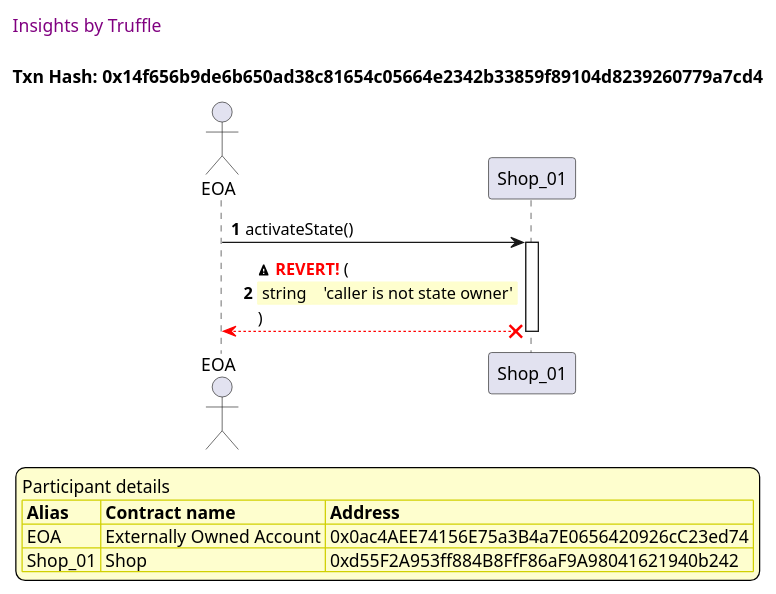
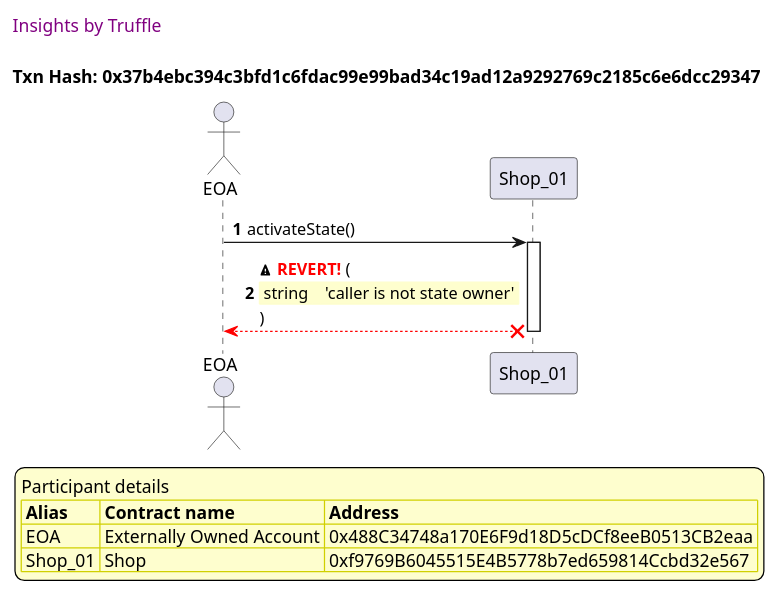
Before and after one commit to thedarkjester/ConsensysAssignment: the fourth of 4 diagrams in truffle-seq/Shop_test_add_shop.md, drawn with PlantUML. The commit also changed other lines of this file and 13 other files, not shown here.

````diff
--- a/truffle-seq/Shop_test_add_shop.md
+++ b/truffle-seq/Shop_test_add_shop.md
@@ -153,40 +153,40 @@
 ```plantuml
 
 
 @startuml
 
 autonumber
 skinparam legendBackgroundColor #FEFECE
 
 <style>
       header {
         HorizontalAlignment left
         FontColor purple
         FontSize 14
         Padding 10
       }
     </style>
 
 header Insights by Truffle
 
-title Txn Hash: 0x14f656b9de6b650ad38c81654c05664e2342b33859f89104d8239260779a7cd4
+title Txn Hash: 0x37b4ebc394c3bfd1c6fdac99e99bad34c19ad12a9292769c2185c6e6dcc29347
 
 
 actor EOA as "EOA"
 participant Shop_01 as "Shop_01"
 
 "EOA" -> "Shop_01" ++: activateState()
 "Shop_01" x-[#red]-> "EOA" --: <&warning> <color #red>**REVERT!**</color> (\n\
 <#FEFECE,#FEFECE>| string |  | 'caller is not state owner' |\n\
 )
 deactivate "Shop_01"
 
 legend
 Participant details
 <#FEFECE,#D0D000>|= Alias |= Contract name |= Address |
-<#FEFECE>| EOA | Externally Owned Account | 0x0ac4AEE74156E75a3B4a7E0656420926cC23ed74 |
-<#FEFECE>| Shop_01 | Shop | 0xd55F2A953ff884B8FfF86aF9A98041621940b242 |
+<#FEFECE>| EOA | Externally Owned Account | 0x488C34748a170E6F9d18D5cDCf8eeB0513CB2eaa |
+<#FEFECE>| Shop_01 | Shop | 0xf9769B6045515E4B5778b7ed659814Ccbd32e567 |
 endlegend
 
 @enduml
 ```
````
